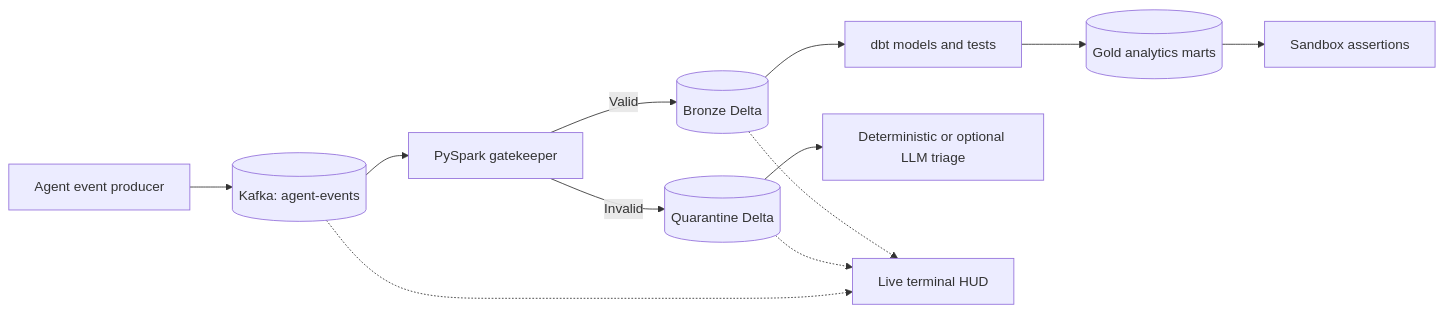
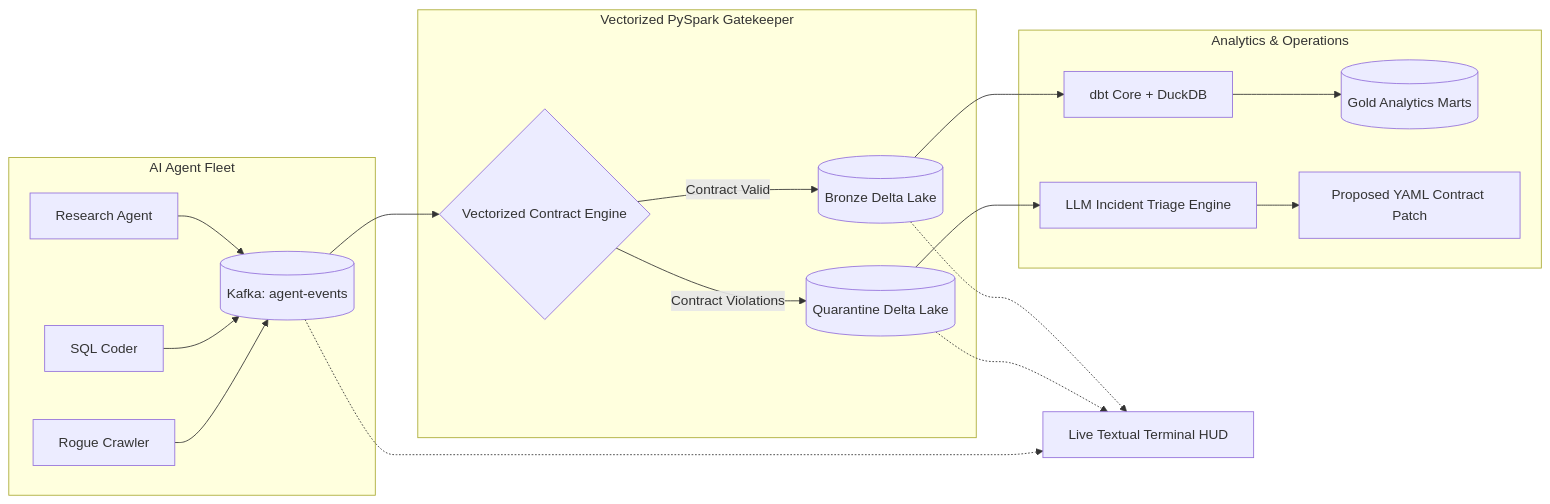
The diagram in README.md (laila-kz/Agentic-Delta-Guard), drawn with Mermaid before and after one commit. The commit also changed other lines of this file and 202 other files, not shown here.

````diff
--- a/README.md
+++ b/README.md
@@ -7,14 +56,25 @@
 ```mermaid
 flowchart LR
-    Producer[Agent event producer] --> Kafka[(Kafka: agent-events)]
-    Kafka --> Gatekeeper[PySpark gatekeeper]
-    Gatekeeper -->|Valid| Bronze[(Bronze Delta)]
-    Gatekeeper -->|Invalid| Quarantine[(Quarantine Delta)]
-    Bronze --> DBT[dbt models and tests]
-    DBT --> Gold[(Gold analytics marts)]
-    Quarantine --> Triage[Deterministic or optional LLM triage]
-    Gold --> Sandbox[Sandbox assertions]
-    Bronze -.-> HUD[Live terminal HUD]
+    subgraph Producers ["AI Agent Fleet"]
+        A1[Research Agent] --> Kafka[(Kafka: agent-events)]
+        A2[SQL Coder] --> Kafka
+        A3[Rogue Crawler] --> Kafka
+    end
+
+    subgraph Gateway ["Vectorized PySpark Gatekeeper"]
+        Kafka --> Engine{Vectorized Contract Engine}
+        Engine -->|Contract Valid| Bronze[(Bronze Delta Lake)]
+        Engine -->|Contract Violations| Quarantine[(Quarantine Delta Lake)]
+    end
+
+    subgraph Transformation ["Analytics & Operations"]
+        Bronze --> DBT[dbt Core + DuckDB]
+        DBT --> Gold[(Gold Analytics Marts)]
+        Quarantine --> Triage[LLM Incident Triage Engine]
+        Triage --> Patch[Proposed YAML Contract Patch]
+    end
+
+    Bronze -.-> HUD[Live Textual Terminal HUD]
     Quarantine -.-> HUD
     Kafka -.-> HUD
 ```
````
